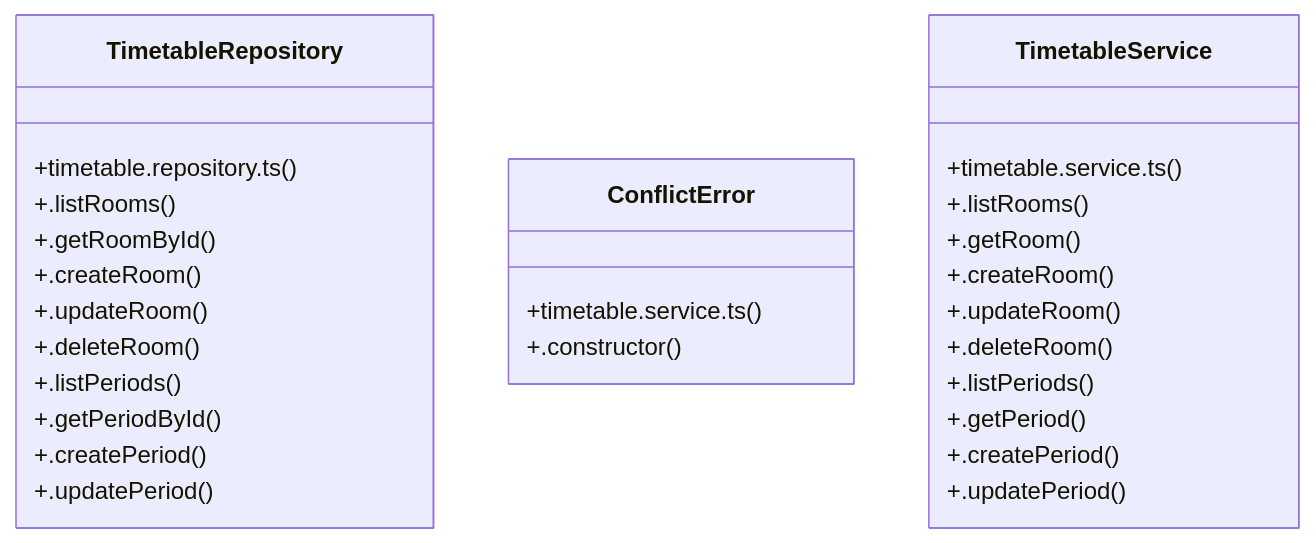
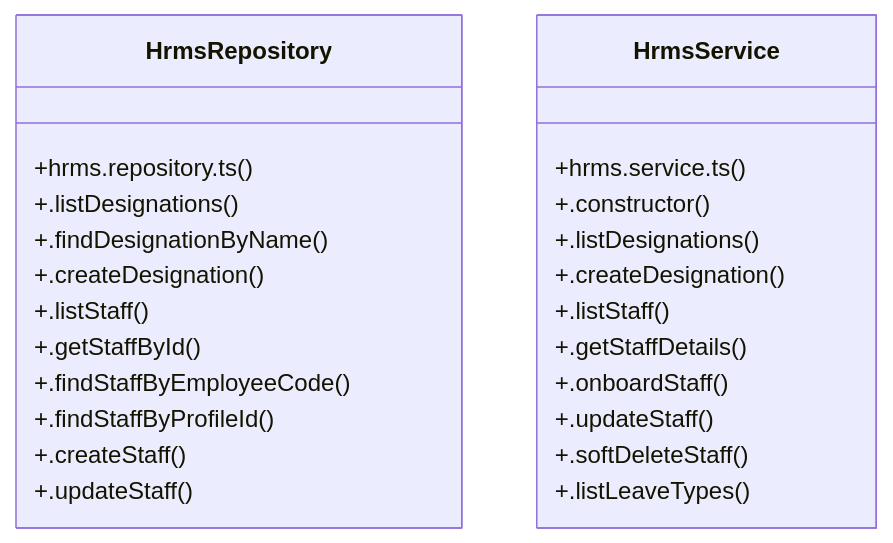
The diagram in graphify-out/wiki/[Document-_Design_&_10._Accessibility_Baseline]_Cluster.md (laxminivas06/vidforum), drawn with Mermaid before and after one commit. The commit also changed other lines of this file and 201 other files, not shown here.

Commit message:
feat(phase2): implement staff and HRMS workspace with identity chain, leave workflows, attendance, and payroll export

````diff
--- a/graphify-out/wiki/[Document-_Design_&_10._Accessibility_Baseline]_Cluster.md
+++ b/graphify-out/wiki/[Document-_Design_&_10._Accessibility_Baseline]_Cluster.md
@@ -36,31 +36,27 @@
 ```mermaid
 classDiagram
-    class TimetableRepository {
-        +timetable.repository.ts()
-        +.listRooms()
-        +.getRoomById()
-        +.createRoom()
-        +.updateRoom()
-        +.deleteRoom()
-        +.listPeriods()
-        +.getPeriodById()
-        +.createPeriod()
-        +.updatePeriod()
+    class HrmsRepository {
+        +hrms.repository.ts()
+        +.listDesignations()
+        +.findDesignationByName()
+        +.createDesignation()
+        +.listStaff()
+        +.getStaffById()
+        +.findStaffByEmployeeCode()
+        +.findStaffByProfileId()
+        +.createStaff()
+        +.updateStaff()
     }
-    class ConflictError {
-        +timetable.service.ts()
+    class HrmsService {
+        +hrms.service.ts()
         +.constructor()
-    }
-    class TimetableService {
-        +timetable.service.ts()
-        +.listRooms()
-        +.getRoom()
-        +.createRoom()
-        +.updateRoom()
-        +.deleteRoom()
-        +.listPeriods()
-        +.getPeriod()
-        +.createPeriod()
-        +.updatePeriod()
+        +.listDesignations()
+        +.createDesignation()
+        +.listStaff()
+        +.getStaffDetails()
+        +.onboardStaff()
+        +.updateStaff()
+        +.softDeleteStaff()
+        +.listLeaveTypes()
     }
 ```
````
